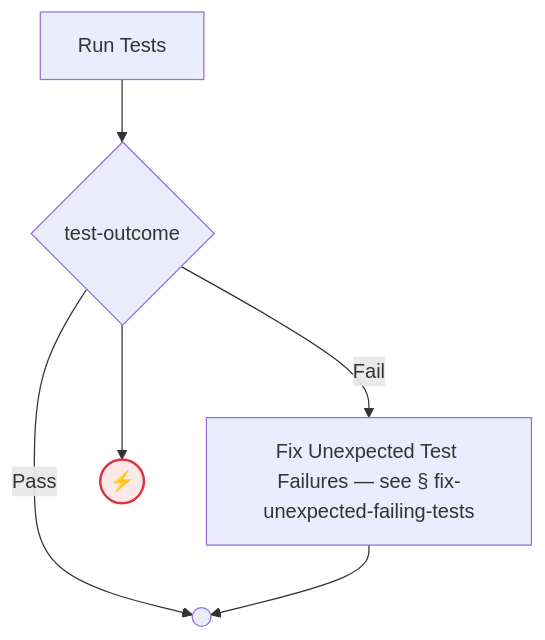
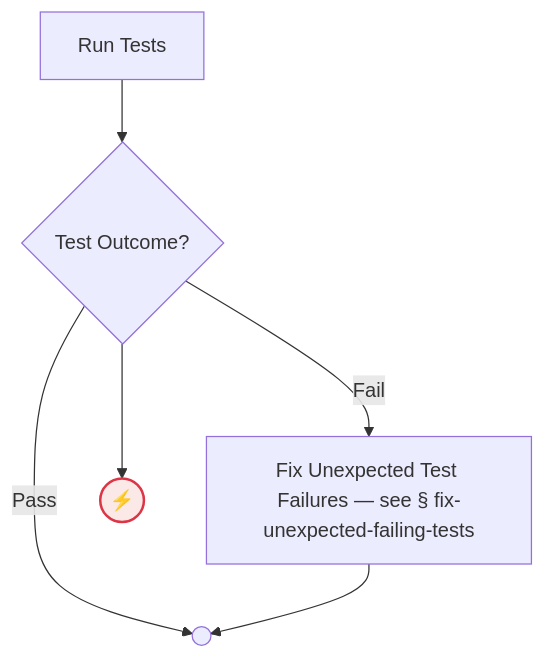
Before and after one commit to optivem/gh-optivem: diagram 23 of 53 in docs/process-diagram.md, drawn with Mermaid. The commit also changed other lines of this file and 16 other files, not shown here.

Commit message:
atdd: regenerate process-flow diagram

````diff
--- a/docs/process-diagram.md
+++ b/docs/process-diagram.md
@@ -444,17 +460,17 @@
 ```mermaid
 flowchart TD
     FIX_UNEXPECTED_FAILING_TESTS[Fix Unexpected Test Failures — see § fix-unexpected-failing-tests]
-    GATE_TESTS_OUTCOME{test-outcome}
+    GATE_TESTS_OUTCOME{Test Outcome?}
     RUN_TESTS[Run Tests]
     UNKNOWN_TESTS_OUTCOME((⚡))
     VERIFY_PASS_END(( ))
 
     RUN_TESTS --> GATE_TESTS_OUTCOME
     GATE_TESTS_OUTCOME -- Pass --> VERIFY_PASS_END
     GATE_TESTS_OUTCOME -- Fail --> FIX_UNEXPECTED_FAILING_TESTS
     GATE_TESTS_OUTCOME --> UNKNOWN_TESTS_OUTCOME
     FIX_UNEXPECTED_FAILING_TESTS --> VERIFY_PASS_END
 
     classDef errorEndNode fill:#fbe9e7,stroke:#dc3545,stroke-width:2px,color:#000000
     class UNKNOWN_TESTS_OUTCOME errorEndNode
 ```
````
